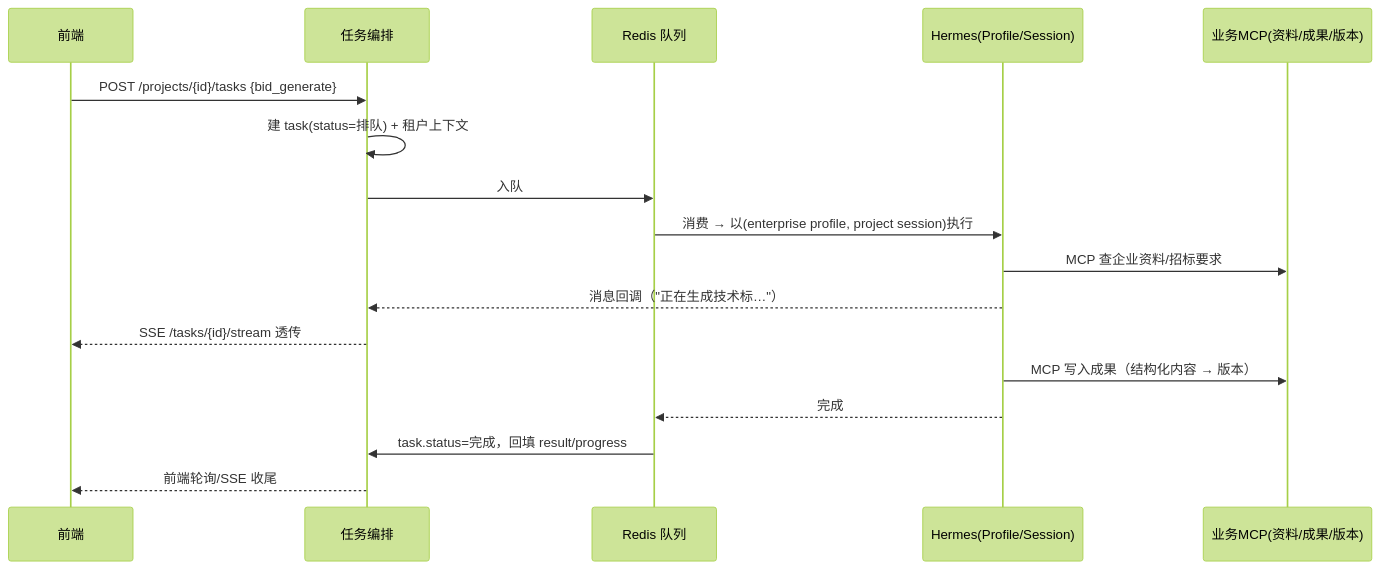
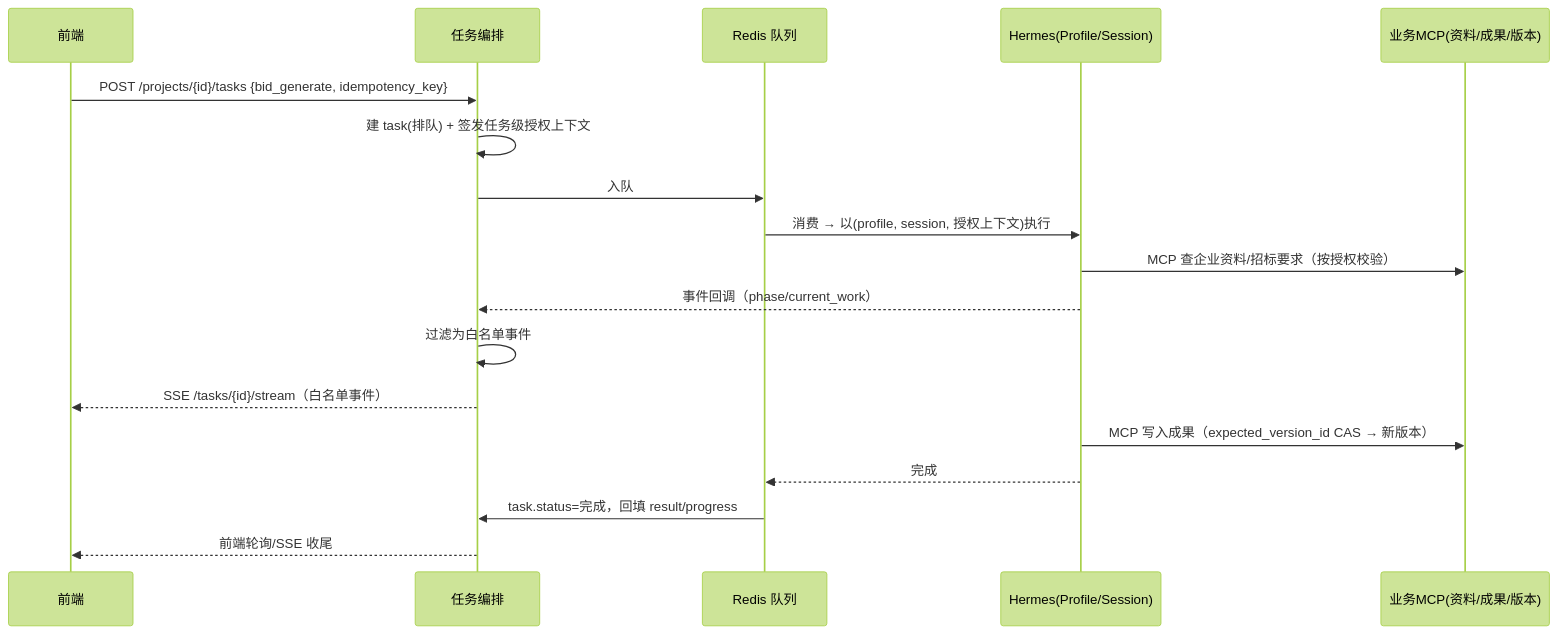
The fourth of 10 diagrams in docs/模块细化设计.md (aotocode2026/BidVolt), drawn with Mermaid (forest theme) before and after one commit. The commit also changed other lines of this file and 6 other files, not shown here.

````diff
--- a/docs/模块细化设计.md
+++ b/docs/模块细化设计.md
@@ -339,19 +360,20 @@
 ```mermaid
 sequenceDiagram
     participant U as 前端
     participant API as 任务编排
     participant Q as Redis 队列
     participant H as Hermes(Profile/Session)
     participant M as 业务MCP(资料/成果/版本)
-    U->>API: POST /projects/{id}/tasks {bid_generate}
-    API->>API: 建 task(status=排队) + 租户上下文
+    U->>API: POST /projects/{id}/tasks {bid_generate, idempotency_key}
+    API->>API: 建 task(排队) + 签发任务级授权上下文
     API->>Q: 入队
-    Q->>H: 消费 → 以(enterprise profile, project session)执行
-    H->>M: MCP 查企业资料/招标要求
-    H-->>API: 消息回调（"正在生成技术标…"）
-    API-->>U: SSE /tasks/{id}/stream 透传
-    H->>M: MCP 写入成果（结构化内容 → 版本）
+    Q->>H: 消费 → 以(profile, session, 授权上下文)执行
+    H->>M: MCP 查企业资料/招标要求（按授权校验）
+    H-->>API: 事件回调（phase/current_work）
+    API->>API: 过滤为白名单事件
+    API-->>U: SSE /tasks/{id}/stream（白名单事件）
+    H->>M: MCP 写入成果（expected_version_id CAS → 新版本）
     H-->>Q: 完成
     Q->>API: task.status=完成，回填 result/progress
     API-->>U: 前端轮询/SSE 收尾
 ```
````
